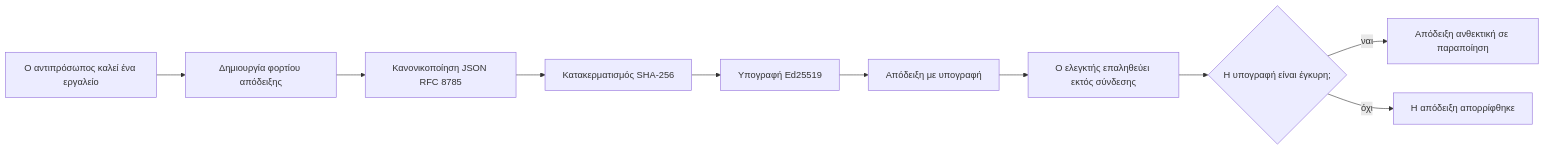
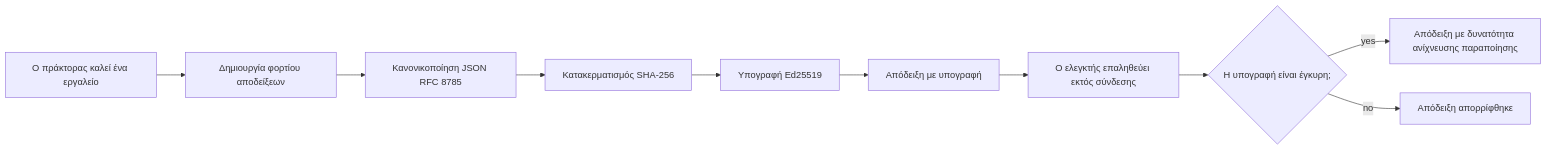
The first of 2 diagrams in mirrors/repos/microsoft@ai-agents-for-beginners/translations/el/18-securing-ai-agents/README.md (gabrielmoreira/agent-skills-mirror), drawn with Mermaid before and after one commit. The commit also changed other lines of this file and 8886 other files, not shown here.

````diff
--- a/mirrors/repos/microsoft@ai-agents-for-beginners/translations/el/18-securing-ai-agents/README.md
+++ b/mirrors/repos/microsoft@ai-agents-for-beginners/translations/el/18-securing-ai-agents/README.md
@@ -51,12 +51,12 @@
 ```mermaid
 flowchart LR
-    A[Ο αντιπρόσωπος καλεί ένα εργαλείο] --> B[Δημιουργία φορτίου απόδειξης]
+    A[Ο πράκτορας καλεί ένα εργαλείο] --> B[Δημιουργία φορτίου αποδείξεων]
     B --> C[Κανoνικοποίηση JSON RFC 8785]
     C --> D[Κατακερματισμός SHA-256]
     D --> E[Υπογραφή Ed25519]
     E --> F[Απόδειξη με υπογραφή]
     F --> G[Ο ελεγκτής επαληθεύει εκτός σύνδεσης]
     G --> H{Η υπογραφή είναι έγκυρη;}
-    H -- ναι --> I[Απόδειξη ανθεκτική σε παραποίηση]
-    H -- όχι --> J[Η απόδειξη απορρίφθηκε]
+    H -- yes --> I[Απόδειξη με δυνατότητα ανίχνευσης παραποίησης]
+    H -- no --> J[Απόδειξη απορρίφθηκε]
 ```
````
